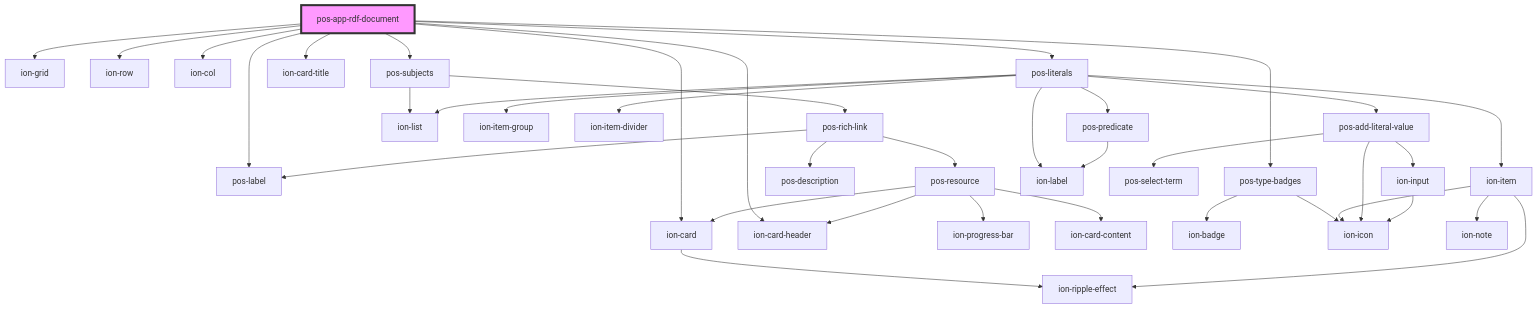
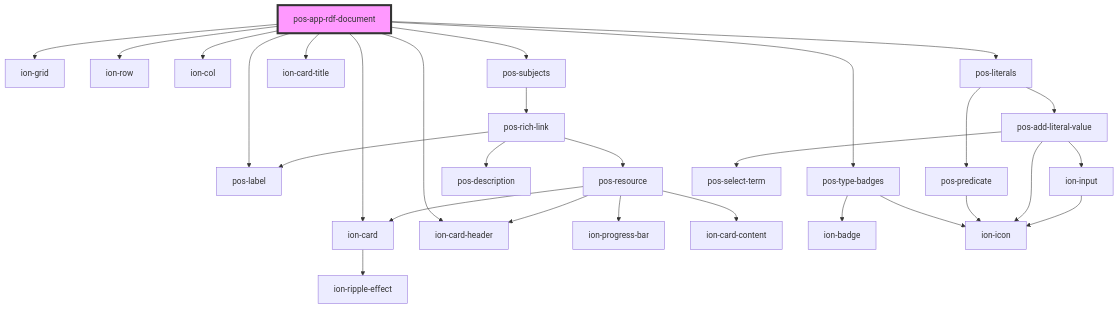
The diagram in docs/elements/apps/pos-app-rdf-document/readme.md (pod-os/PodOS), drawn with Mermaid before and after one commit. The commit also changed 9 other files, not shown here.

````diff
--- a/docs/elements/apps/pos-app-rdf-document/readme.md
+++ b/docs/elements/apps/pos-app-rdf-document/readme.md
@@ -24,41 +24,32 @@
 ```mermaid
 graph TD;
   pos-app-rdf-document --> ion-grid
   pos-app-rdf-document --> ion-row
   pos-app-rdf-document --> ion-col
   pos-app-rdf-document --> pos-subjects
   pos-app-rdf-document --> ion-card
   pos-app-rdf-document --> ion-card-header
   pos-app-rdf-document --> ion-card-title
   pos-app-rdf-document --> pos-label
   pos-app-rdf-document --> pos-type-badges
   pos-app-rdf-document --> pos-literals
   pos-subjects --> pos-rich-link
-  pos-subjects --> ion-list
   pos-rich-link --> pos-resource
   pos-rich-link --> pos-label
   pos-rich-link --> pos-description
   pos-resource --> ion-progress-bar
   pos-resource --> ion-card
   pos-resource --> ion-card-header
   pos-resource --> ion-card-content
   ion-card --> ion-ripple-effect
   pos-type-badges --> ion-badge
   pos-type-badges --> ion-icon
-  pos-literals --> ion-item-group
-  pos-literals --> ion-item-divider
   pos-literals --> pos-predicate
-  pos-literals --> ion-item
-  pos-literals --> ion-label
-  pos-literals --> ion-list
   pos-literals --> pos-add-literal-value
-  pos-predicate --> ion-label
-  ion-item --> ion-icon
-  ion-item --> ion-ripple-effect
-  ion-item --> ion-note
+  pos-predicate --> ion-icon
   pos-add-literal-value --> ion-icon
   pos-add-literal-value --> pos-select-term
   pos-add-literal-value --> ion-input
   ion-input --> ion-icon
   style pos-app-rdf-document fill:#f9f,stroke:#333,stroke-width:4px
 ```
````
